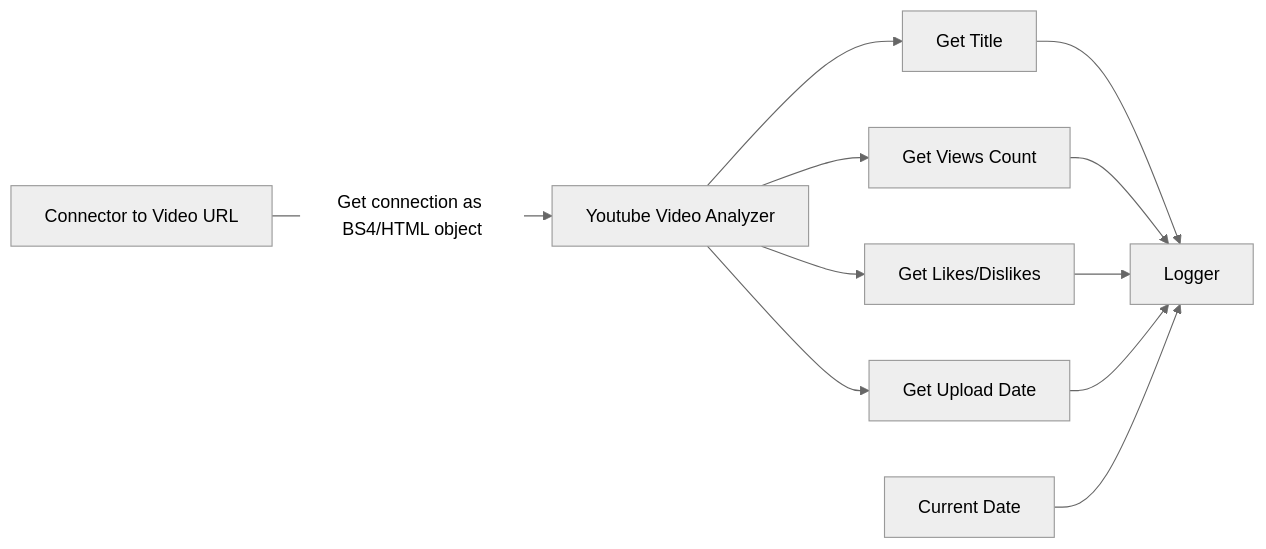
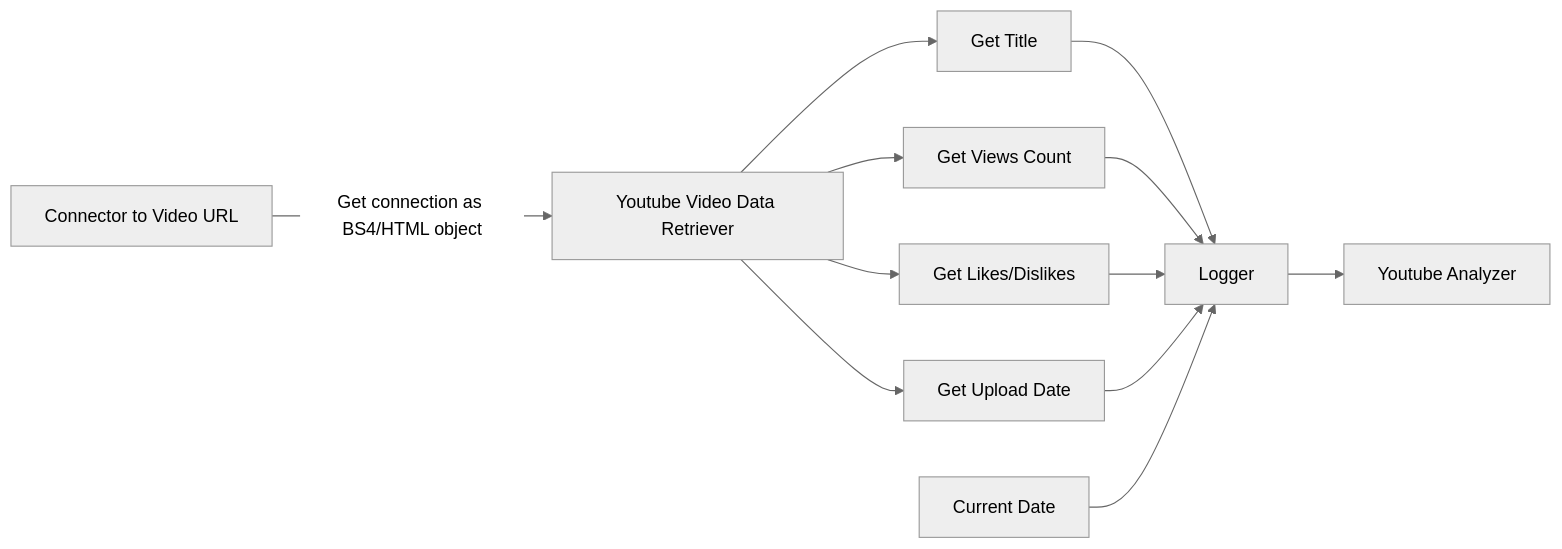
Before and after one commit to gpsyrou/Youtube_Virality_Predictor: the diagram in tube/README.md, drawn with Mermaid (neutral theme).

Commit message:
update mermaid graph plan

````diff
--- a/tube/README.md
+++ b/tube/README.md
@@ -2,13 +2,14 @@
 ```mermaid
 graph   LR
-    A[Connector to Video URL] -->|Get connection as BS4/HTML object| B[Youtube Video Analyzer]
+    A[Connector to Video URL] -->|Get connection as BS4/HTML object| B[Youtube Video Data Retriever]
     B --> D[Get Title]
     B --> F[Get Views Count]
     B --> E[Get Likes/Dislikes]
     B --> G[Get Upload Date]
     D --> I[Logger]
     F --> I[Logger]
     E --> I[Logger]
     G --> I[Logger]
     J[Current Date] --> I[Logger]
+    I[Logger] --> K[Youtube Analyzer]
 ```
````
